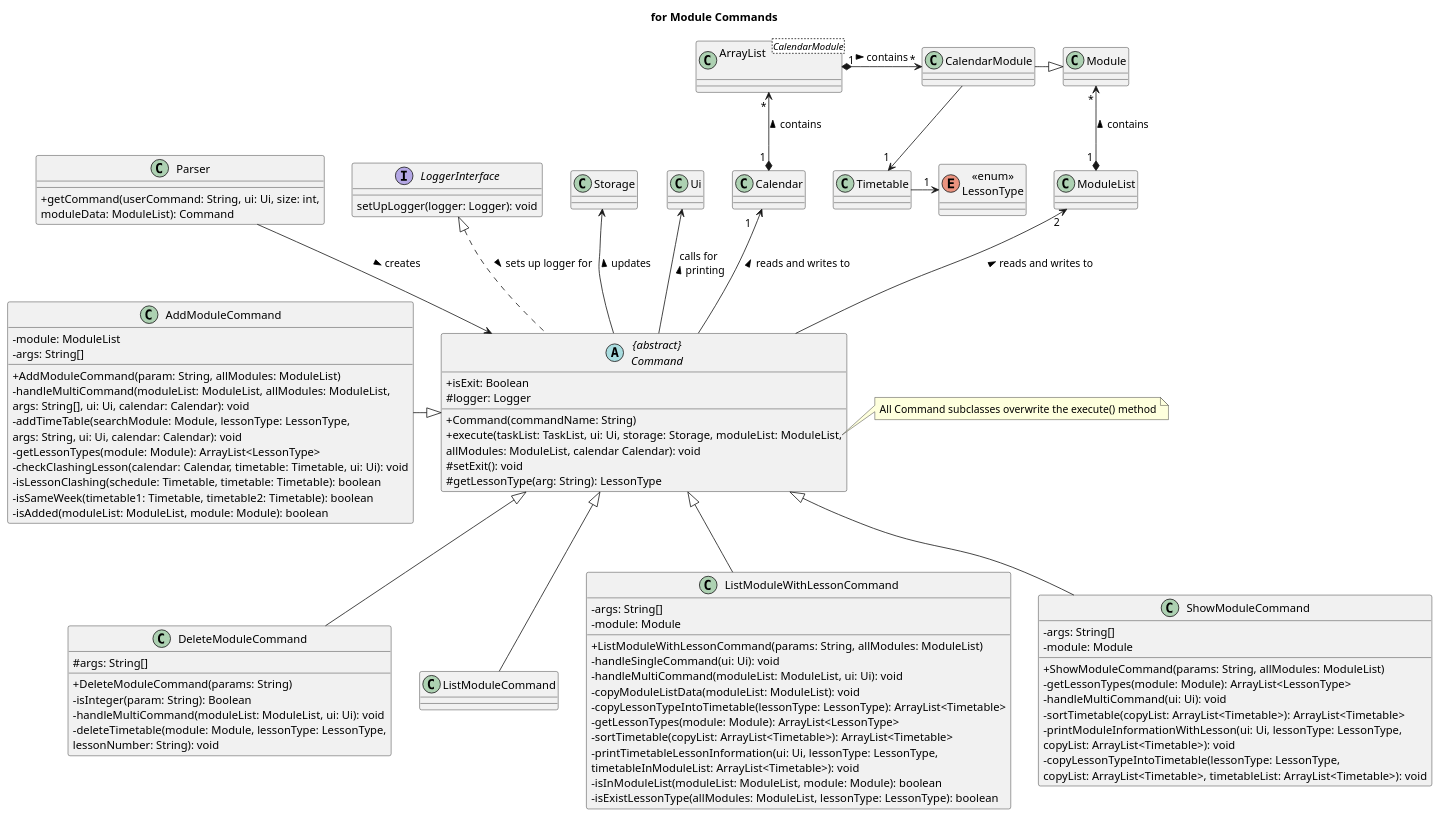
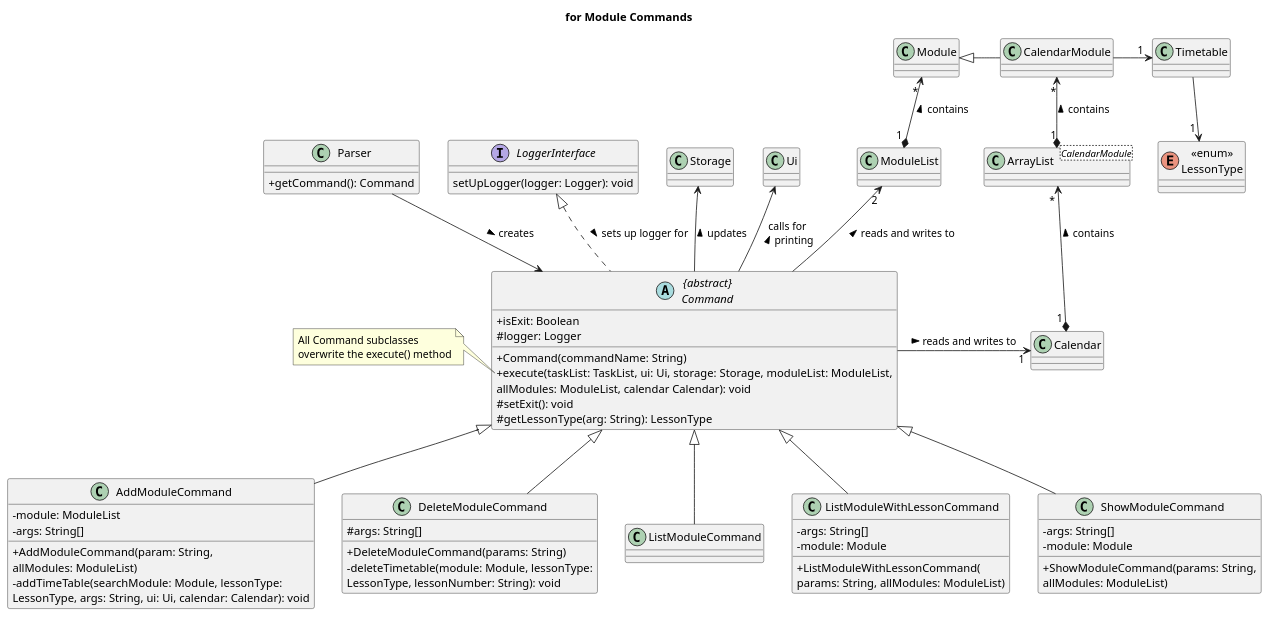
The diagram in docs/uml-source/class/Command2.puml (nus-cs2113-AY2223S2/tp), drawn with PlantUML before and after one commit. The commit also changed 2 other files, not shown here.

Commit message:
Update UML files

```diff
--- a/docs/uml-source/class/Command2.puml
+++ b/docs/uml-source/class/Command2.puml
@@ -1,107 +1,84 @@
 @startuml
 'https://plantuml.com/class-diagram
 skinparam classAttributeIconSize 0
 
 title for Module Commands
 
 class Parser {
-+ getCommand(userCommand: String, ui: Ui, size: int,
-moduleData: ModuleList): Command
++ getCommand(): Command
 }
 Parser --> Command : creates >
 
 abstract class "{abstract}\nCommand" as Command {
 + isExit: Boolean
 # logger: Logger
 + Command(commandName: String)
 + execute(taskList: TaskList, ui: Ui, storage: Storage, moduleList: ModuleList,
 allModules: ModuleList, calendar Calendar): void
 # setExit(): void
 # getLessonType(arg: String): LessonType
 }
 
 interface LoggerInterface {
 setUpLogger(logger: Logger): void
 }
 
-note right of Command::execute
-    All Command subclasses overwrite the execute() method
+note left of Command::execute
+    All Command subclasses
+    overwrite the execute() method
 end note
 LoggerInterface <|.. Command : sets up logger for >
 
 class AddModuleCommand {
 - module: ModuleList
 - args: String[]
-+ AddModuleCommand(param: String, allModules: ModuleList)
-- handleMultiCommand(moduleList: ModuleList, allModules: ModuleList,
-args: String[], ui: Ui, calendar: Calendar): void
-- addTimeTable(searchModule: Module, lessonType: LessonType,
-args: String, ui: Ui, calendar: Calendar): void
-- getLessonTypes(module: Module): ArrayList<LessonType>
-- checkClashingLesson(calendar: Calendar, timetable: Timetable, ui: Ui): void
-- isLessonClashing(schedule: Timetable, timetable: Timetable): boolean
-- isSameWeek(timetable1: Timetable, timetable2: Timetable): boolean
-- isAdded(moduleList: ModuleList, module: Module): boolean
++ AddModuleCommand(param: String,
+allModules: ModuleList)
+- addTimeTable(searchModule: Module, lessonType:
+LessonType, args: String, ui: Ui, calendar: Calendar): void
 }
-AddModuleCommand -|> Command
+Command <|-- AddModuleCommand
 
 class DeleteModuleCommand{
 # args: String[]
 + DeleteModuleCommand(params: String)
-- isInteger(param: String): Boolean
-- handleMultiCommand(moduleList: ModuleList, ui: Ui): void
-- deleteTimetable(module: Module, lessonType: LessonType,
-lessonNumber: String): void
+- deleteTimetable(module: Module, lessonType:
+LessonType, lessonNumber: String): void
 }
 Command <|-- DeleteModuleCommand
 
 class ListModuleCommand
 Command <|-- ListModuleCommand
 
 class ListModuleWithLessonCommand {
 - args: String[]
 - module: Module
-+ ListModuleWithLessonCommand(params: String, allModules: ModuleList)
-- handleSingleCommand(ui: Ui): void
-- handleMultiCommand(moduleList: ModuleList, ui: Ui): void
-- copyModuleListData(moduleList: ModuleList): void
-- copyLessonTypeIntoTimetable(lessonType: LessonType): ArrayList<Timetable>
-- getLessonTypes(module: Module): ArrayList<LessonType>
-- sortTimetable(copyList: ArrayList<Timetable>): ArrayList<Timetable>
-- printTimetableLessonInformation(ui: Ui, lessonType: LessonType,
-timetableInModuleList: ArrayList<Timetable>): void
-- isInModuleList(moduleList: ModuleList, module: Module): boolean
-- isExistLessonType(allModules: ModuleList, lessonType: LessonType): boolean
++ ListModuleWithLessonCommand(
+params: String, allModules: ModuleList)
 }
 Command <|-- ListModuleWithLessonCommand
 
 class ShowModuleCommand {
 - args: String[]
 - module: Module
-+ ShowModuleCommand(params: String, allModules: ModuleList)
-- getLessonTypes(module: Module): ArrayList<LessonType>
-- handleMultiCommand(ui: Ui): void
-- sortTimetable(copyList: ArrayList<Timetable>): ArrayList<Timetable>
-- printModuleInformationWithLesson(ui: Ui, lessonType: LessonType,
-copyList: ArrayList<Timetable>): void
-- copyLessonTypeIntoTimetable(lessonType: LessonType,
-copyList: ArrayList<Timetable>, timetableList: ArrayList<Timetable>): void
++ ShowModuleCommand(params: String,
+allModules: ModuleList)
 }
 Command <|-- ShowModuleCommand
 Storage <-- Command : updates <
 Ui <-- Command : calls for \nprinting <
 
-Calendar "1   " <-- Command : reads and writes to <
-class "ArrayList\n<CalendarModule>" as ALModules
-ALModules "         *" <--* "1 " Calendar : contains <
-ALModules "1" *-> "*" CalendarModule : contains >
-
 ModuleList "2" <-- Command : reads and writes to <
 Module "     *" <--* "1 " ModuleList : contains <
 
+Command -> "    1" Calendar : reads and writes to >
+class "ArrayList<CalendarModule>" as ALModules
+ALModules "         *" <--* "1 " Calendar : contains <
+CalendarModule "*" <--* "1" ALModules : contains <
+
 enum "<<enum>>\nLessonType" as LessonType
-CalendarModule -|> Module
-CalendarModule --> "1 " Timetable
-Timetable -> "1 " LessonType
+Module <|- CalendarModule
+CalendarModule -> "1 " Timetable
+Timetable --> "1 " LessonType
 
 @enduml
```
